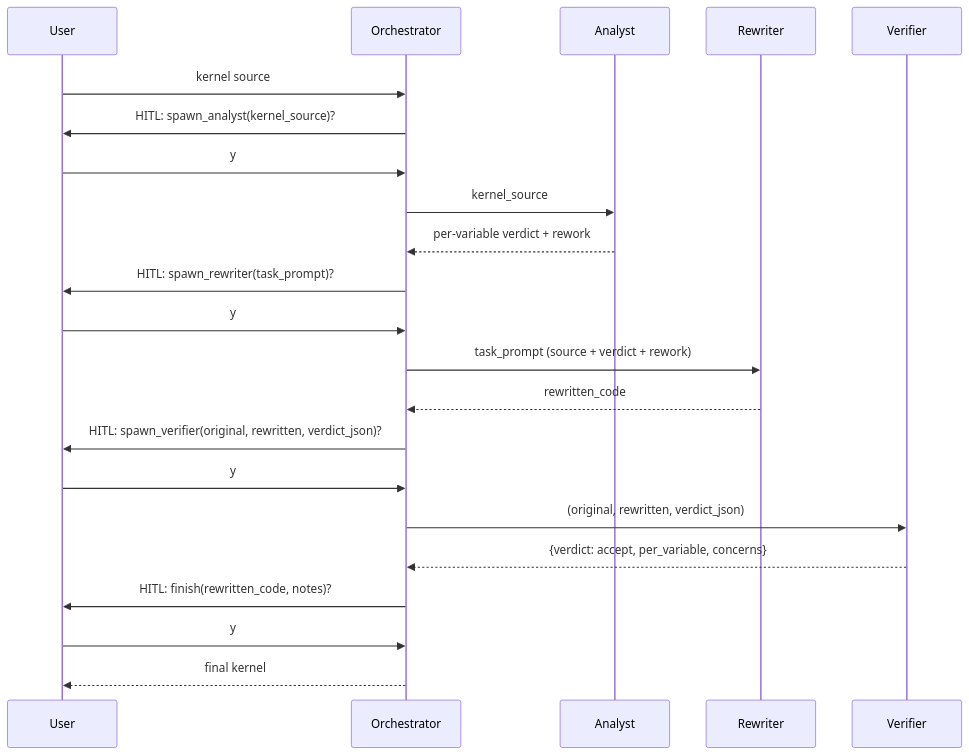
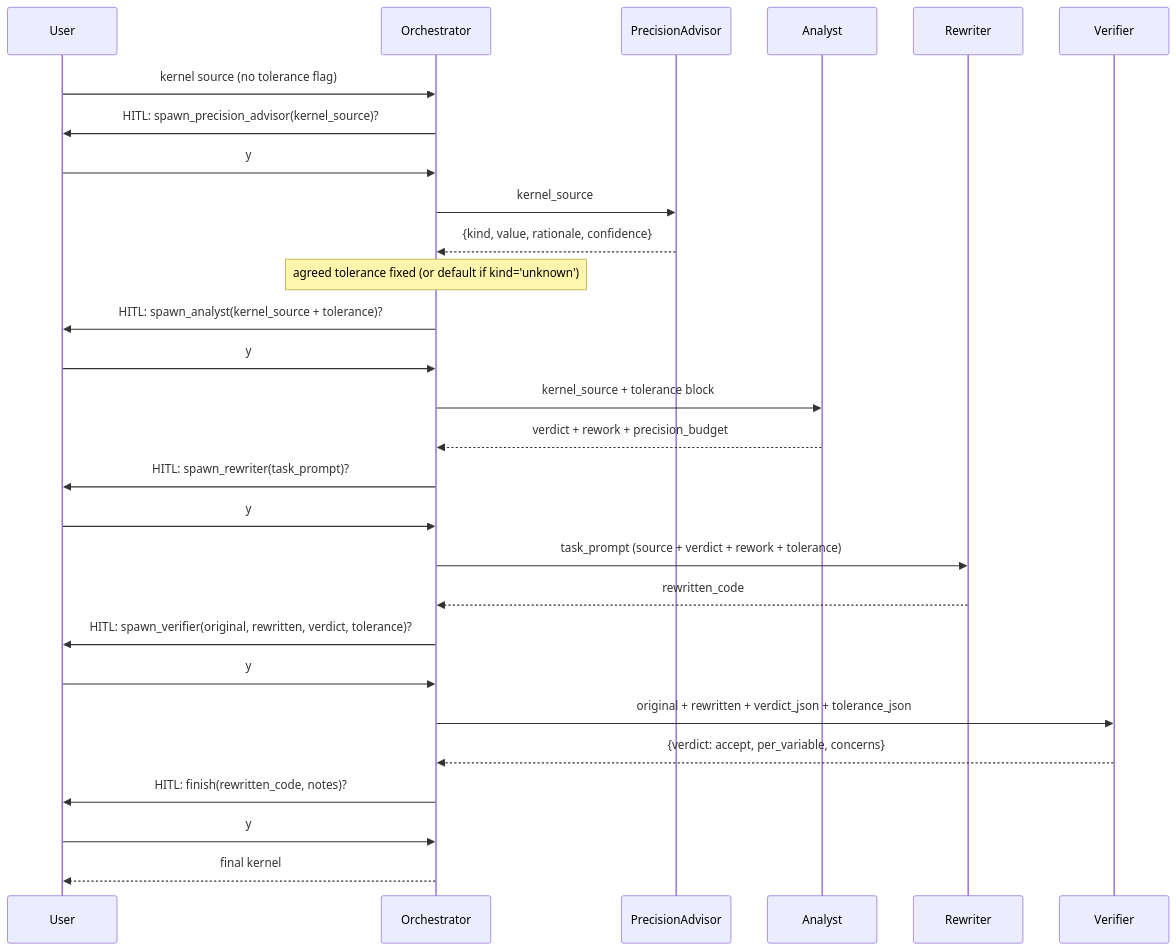
One commit to kmeag-duck/Agent-Precision changed the second of 2 diagrams in README.md. Above: the diagram before and after it, drawn with Mermaid. The commit also changed other lines of this file and 8 other files, not shown here.

````diff
--- a/README.md
+++ b/README.md
@@ -112,24 +176,30 @@
 ```mermaid
 sequenceDiagram
   participant User
   participant Orch as Orchestrator
+  participant Pa as PrecisionAdvisor
   participant An as Analyst
   participant Rw as Rewriter
   participant Vf as Verifier
-  User->>Orch: kernel source
-  Orch->>User: HITL: spawn_analyst(kernel_source)?
+  User->>Orch: kernel source (no tolerance flag)
+  Orch->>User: HITL: spawn_precision_advisor(kernel_source)?
   User->>Orch: y
-  Orch->>An: kernel_source
-  An-->>Orch: per-variable verdict + rework
+  Orch->>Pa: kernel_source
+  Pa-->>Orch: {kind, value, rationale, confidence}
+  Note over Orch: agreed tolerance fixed (or default if kind='unknown')
+  Orch->>User: HITL: spawn_analyst(kernel_source + tolerance)?
+  User->>Orch: y
+  Orch->>An: kernel_source + tolerance block
+  An-->>Orch: verdict + rework + precision_budget
   Orch->>User: HITL: spawn_rewriter(task_prompt)?
   User->>Orch: y
-  Orch->>Rw: task_prompt (source + verdict + rework)
+  Orch->>Rw: task_prompt (source + verdict + rework + tolerance)
   Rw-->>Orch: rewritten_code
-  Orch->>User: HITL: spawn_verifier(original, rewritten, verdict_json)?
+  Orch->>User: HITL: spawn_verifier(original, rewritten, verdict, tolerance)?
   User->>Orch: y
-  Orch->>Vf: (original, rewritten, verdict_json)
+  Orch->>Vf: original + rewritten + verdict_json + tolerance_json
   Vf-->>Orch: {verdict: accept, per_variable, concerns}
   Orch->>User: HITL: finish(rewritten_code, notes)?
   User->>Orch: y
   Orch-->>User: final kernel
 ```
````
